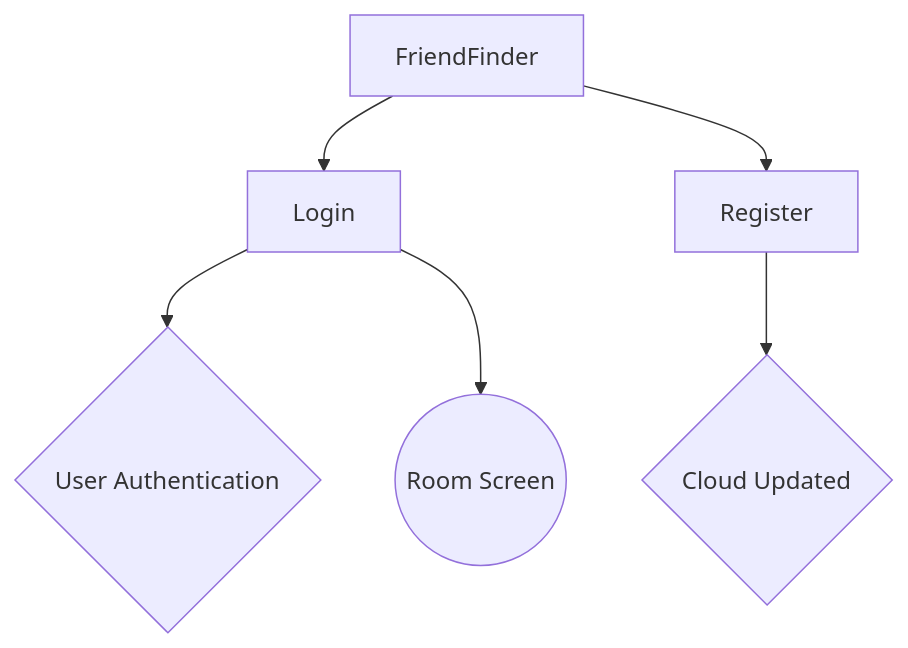
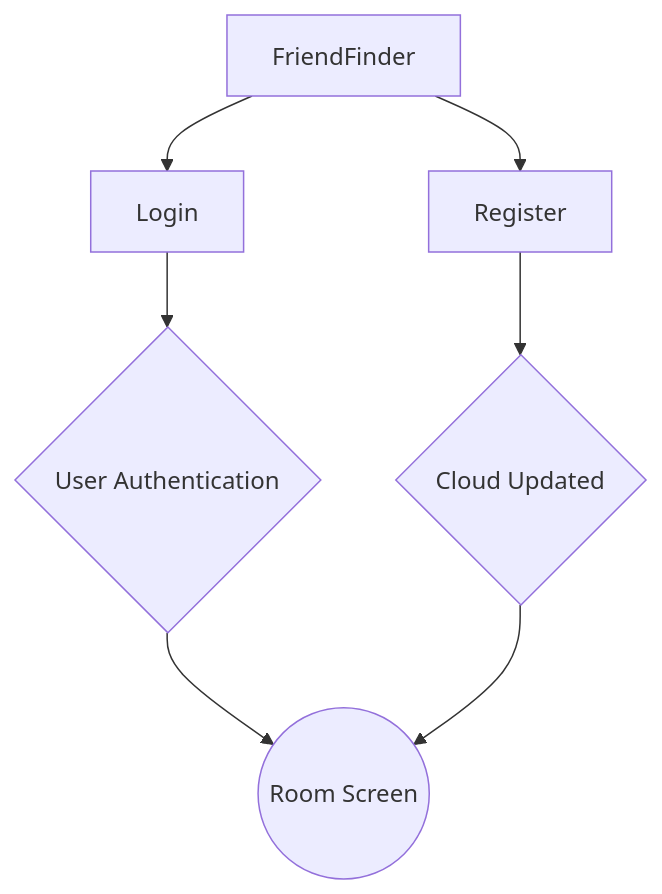
The diagram in README.md (nsweatlas/mahallahfriendfinder), drawn with Mermaid before and after one commit.

````diff
--- a/README.md
+++ b/README.md
@@ -34,9 +34,10 @@
 ```mermaid
 graph
 A[FriendFinder] 
 A --> B[Login]
 B --> D{User Authentication}
 A --> C[Register]
 C --> F{Cloud Updated}
-B --> E((Room Screen))
+D --> E((Room Screen))
+F --> E
 ```
````
